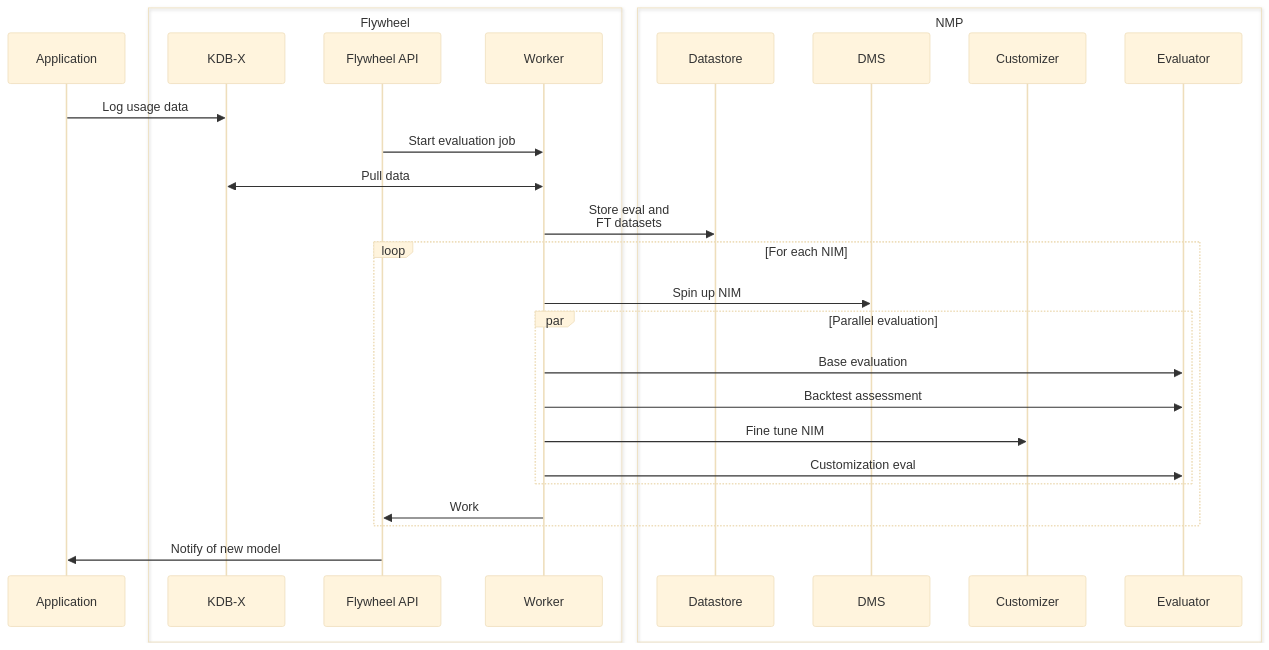
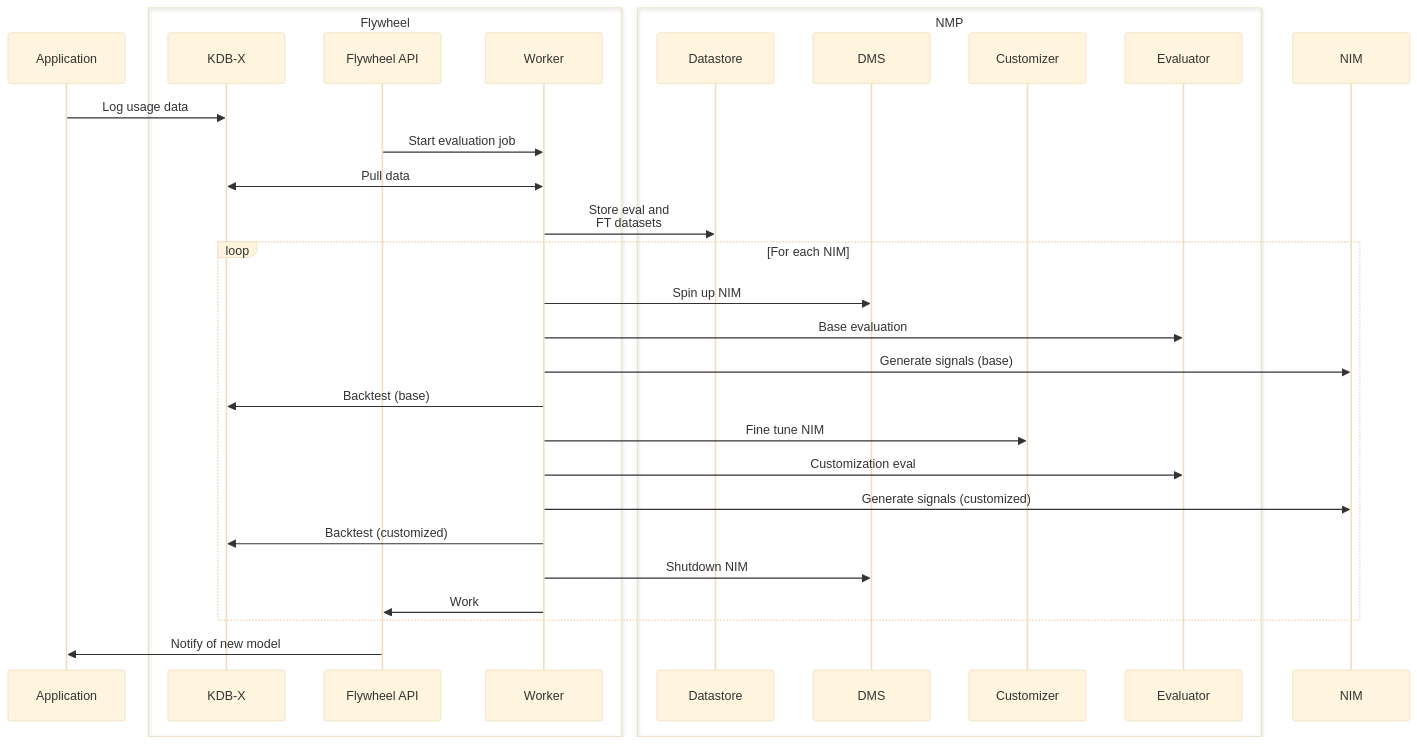
The first of 2 diagrams in ai-model-distillation-for-financial-data/docs/01-architecture.md (KxSystems/nvidia-kx-samples), drawn with Mermaid (base theme) before and after one commit. The commit also changed 9 other files, not shown here.

````diff
--- a/ai-model-distillation-for-financial-data/docs/01-architecture.md
+++ b/ai-model-distillation-for-financial-data/docs/01-architecture.md
@@ -34,36 +34,36 @@
 ```mermaid
 sequenceDiagram
     participant App as Application
 
     box Flywheel
         participant KDBX as KDB-X
         participant API as Flywheel API
         participant Worker as Worker
     end
 
     box NMP
         participant datastore as Datastore
         participant dms as DMS
         participant customizer as Customizer
         participant eval as Evaluator
     end
 
     App->>KDBX: Log usage data
     API->>Worker: Start evaluation job
     Worker <<->> KDBX: Pull data
     Worker ->> datastore: Store eval and<br>FT datasets
 
     loop For each NIM
         Worker ->> dms: Spin up NIM
-
-        par Parallel evaluation
-            Worker->> eval: Base evaluation
-            Worker->> eval: Backtest assessment
-            Worker ->> customizer: Fine tune NIM
-            Worker->> eval: Customization eval
-        end
-
-        Worker->>API: Work
+        Worker ->> eval: Base evaluation
+        Worker ->> NIM: Generate signals (base)
+        Worker ->> KDBX: Backtest (base)
+        Worker ->> customizer: Fine tune NIM
+        Worker ->> eval: Customization eval
+        Worker ->> NIM: Generate signals (customized)
+        Worker ->> KDBX: Backtest (customized)
+        Worker ->> dms: Shutdown NIM
+        Worker ->> API: Work
     end
     API->>App: Notify of new model
 ```
````
